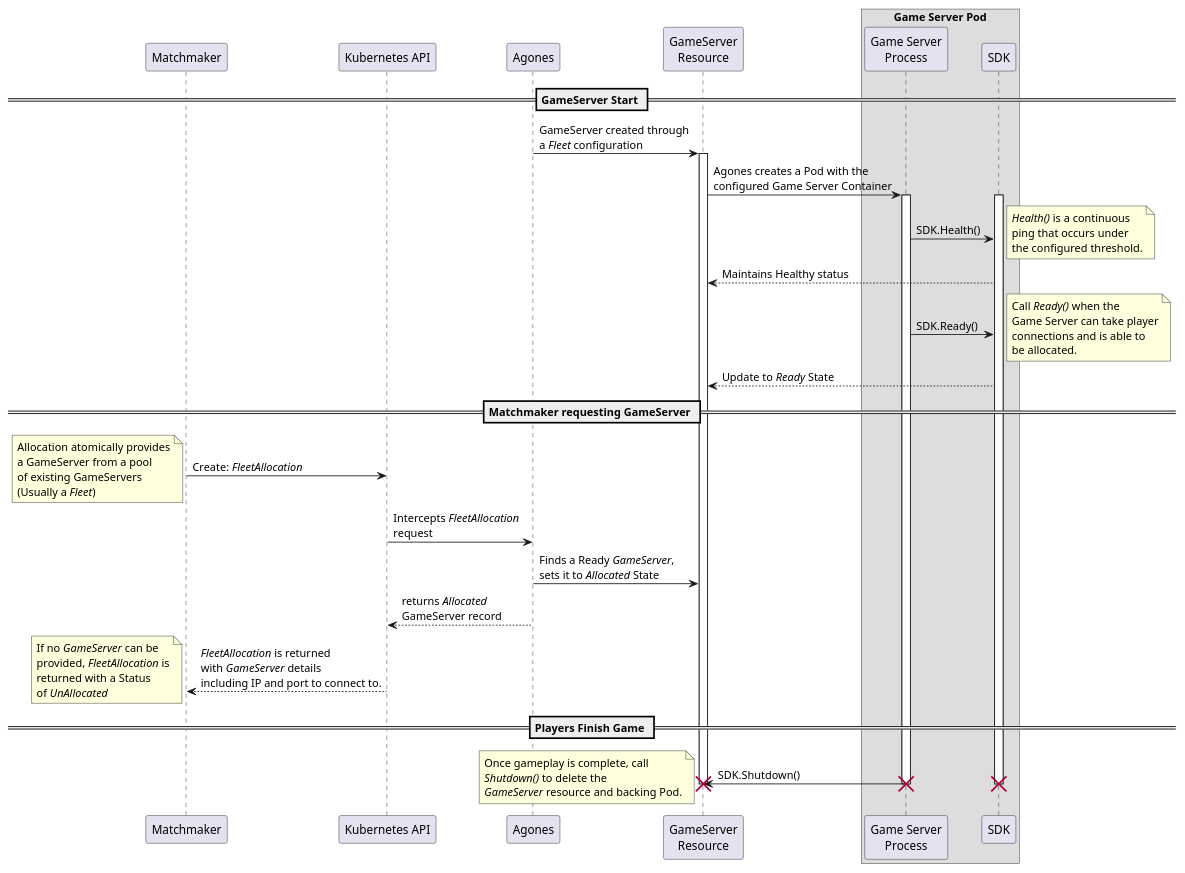
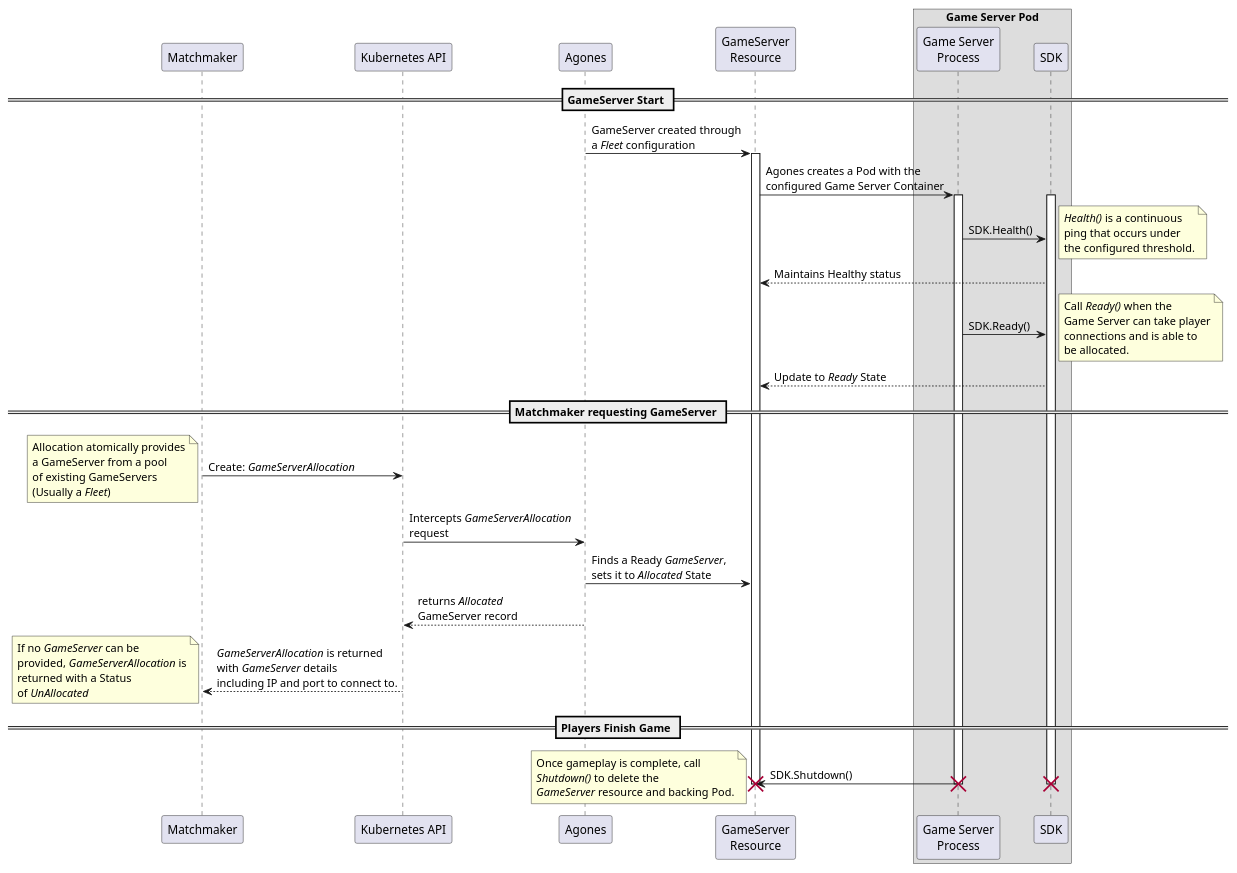
One commit to googleforgames/agones changed the diagram in site/static/diagrams/gameserver-lifecycle.puml. Above: the diagram before and after it, drawn with PlantUML. The commit also changed 2 other files, not shown here.

Commit message:
Move lifecycle diagram to use GameServerAllocation

```diff
--- a/site/static/diagrams/gameserver-lifecycle.puml
+++ b/site/static/diagrams/gameserver-lifecycle.puml
@@ -1,67 +1,67 @@
 @startuml
 participant Matchmaker
 participant "Kubernetes API" as K8sAPI
 participant Agones
 participant "Game Server\nProcess" as Binary
 participant SDK
 participant "GameServer\nResource" as GameServer
 box "Game Server Pod"
   participant Binary
   participant SDK
 end box
 
 == GameServer Start ==
 
 Agones -> GameServer: GameServer created through\na <i>Fleet</i> configuration
 activate GameServer
 GameServer -> Binary: Agones creates a Pod with the\nconfigured Game Server Container
 activate Binary
 activate SDK
 Binary -> SDK: SDK.Health()
 note right
   <i>Health()</i> is a continuous
   ping that occurs under
   the configured threshold.
 end note
 GameServer <-- SDK: Maintains Healthy status
 Binary -> SDK: SDK.Ready()
 note right
   Call <i>Ready()</i> when the
   Game Server can take player
   connections and is able to
   be allocated.
 end note
 GameServer <-- SDK: Update to <i>Ready</i> State
 
 == Matchmaker requesting GameServer ==
 
-Matchmaker -> K8sAPI: Create: <i>FleetAllocation</i>
+Matchmaker -> K8sAPI: Create: <i>GameServerAllocation</i>
 note left
   Allocation atomically provides
   a GameServer from a pool
   of existing GameServers
   (Usually a <i>Fleet</i>)
 end note
-K8sAPI -> Agones: Intercepts <i>FleetAllocation</i>\nrequest
+K8sAPI -> Agones: Intercepts <i>GameServerAllocation</i>\nrequest
 "Agones" -> GameServer: Finds a Ready <i>GameServer</i>,\nsets it to <i>Allocated</i> State
 K8sAPI <-- Agones: returns <i>Allocated</i>\nGameServer record
-Matchmaker <-- K8sAPI : <i>FleetAllocation</i> is returned\nwith <i>GameServer</i> details\nincluding IP and port to connect to.
+Matchmaker <-- K8sAPI : <i>GameServerAllocation</i> is returned\nwith <i>GameServer</i> details\nincluding IP and port to connect to.
 note left
 If no <i>GameServer</i> can be
-provided, <i>FleetAllocation</i> is
+provided, <i>GameServerAllocation</i> is
 returned with a Status
 of <i>UnAllocated</i>
 end note
 
 == Players Finish Game ==
 
 Binary -> GameServer: SDK.Shutdown()
 note left
 Once gameplay is complete, call
 <i>Shutdown()</i> to delete the
 <i>GameServer</i> resource and backing Pod.
 end note
 destroy Binary
 destroy SDK
 destroy GameServer
 @enduml
```
